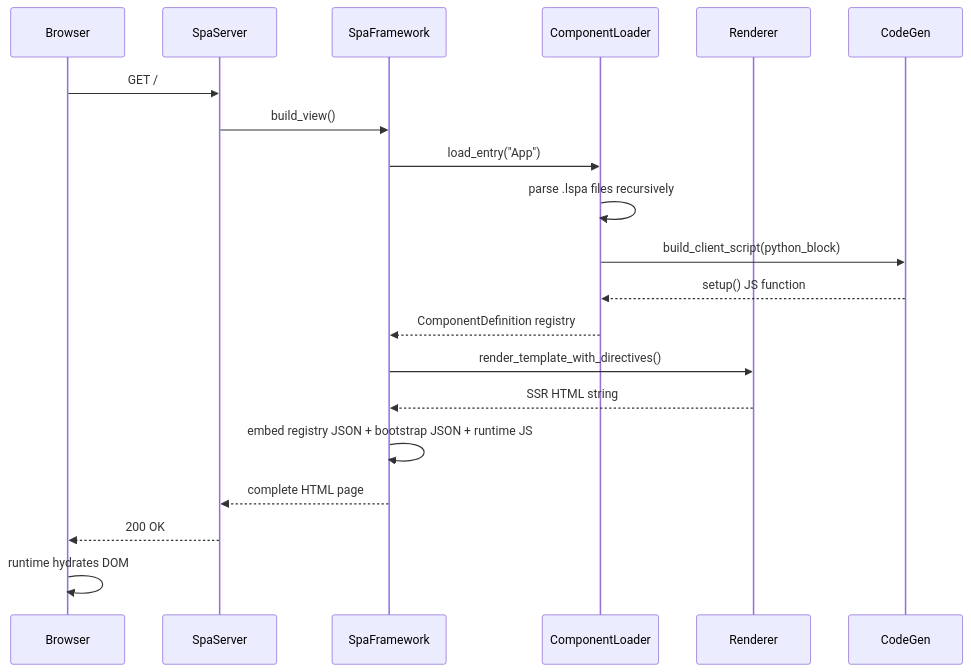
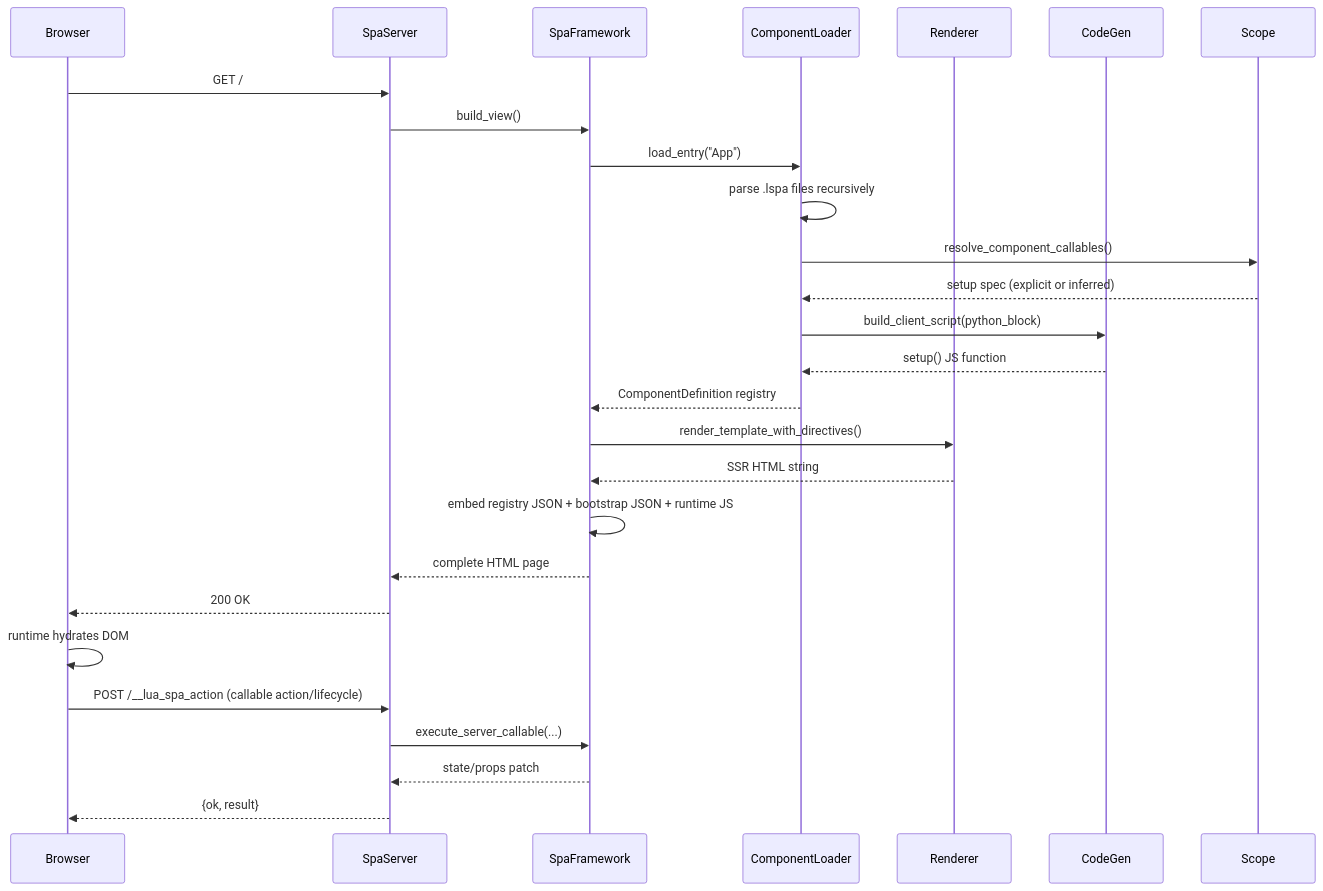
One commit to roderiano/lua-spa changed the second of 3 diagrams in docs/docs/advanced/architecture.md. Above: the diagram before and after it, drawn with Mermaid. The commit also changed other lines of this file and 16 other files, not shown here.

Commit message:
docs(architecture): update diagrams for __lua_spa_action and __reload__

````diff
--- a/docs/docs/advanced/architecture.md
+++ b/docs/docs/advanced/architecture.md
@@ -41,23 +50,30 @@
 ```mermaid
 sequenceDiagram
     participant Client as Browser
     participant Server as SpaServer
     participant FW as SpaFramework
     participant Loader as ComponentLoader
     participant Renderer as Renderer
     participant CG as CodeGen
+    participant Scope as Scope
 
     Client->>Server: GET /
     Server->>FW: build_view()
     FW->>Loader: load_entry("App")
     Loader->>Loader: parse .lspa files recursively
+    Loader->>Scope: resolve_component_callables()
+    Scope-->>Loader: setup spec (explicit or inferred)
     Loader->>CG: build_client_script(python_block)
     CG-->>Loader: setup() JS function
     Loader-->>FW: ComponentDefinition registry
     FW->>Renderer: render_template_with_directives()
     Renderer-->>FW: SSR HTML string
     FW->>FW: embed registry JSON + bootstrap JSON + runtime JS
     FW-->>Server: complete HTML page
     Server-->>Client: 200 OK
     Client->>Client: runtime hydrates DOM
+    Client->>Server: POST /__lua_spa_action (callable action/lifecycle)
+    Server->>FW: execute_server_callable(...)
+    FW-->>Server: state/props patch
+    Server-->>Client: {ok, result}
 ```
````
